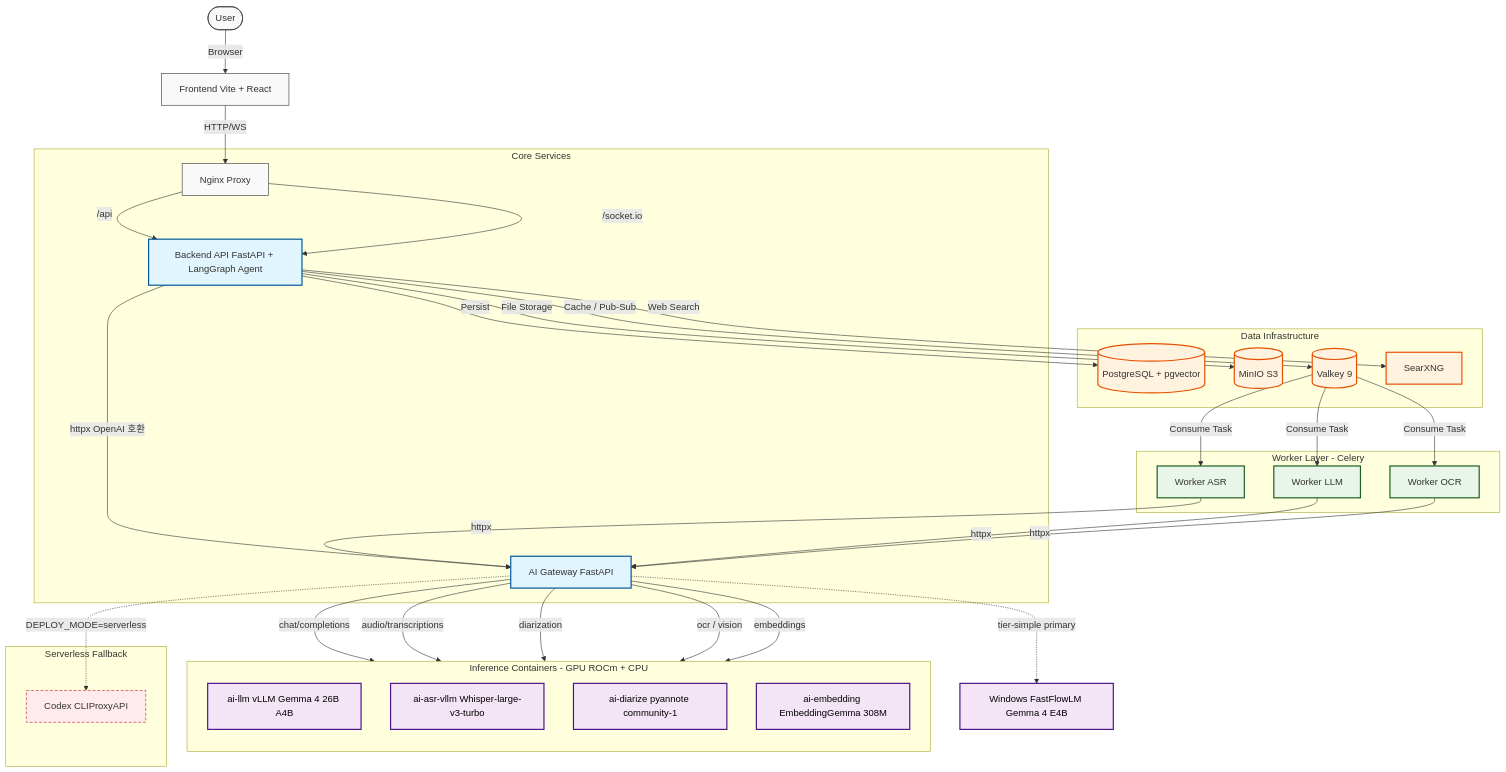
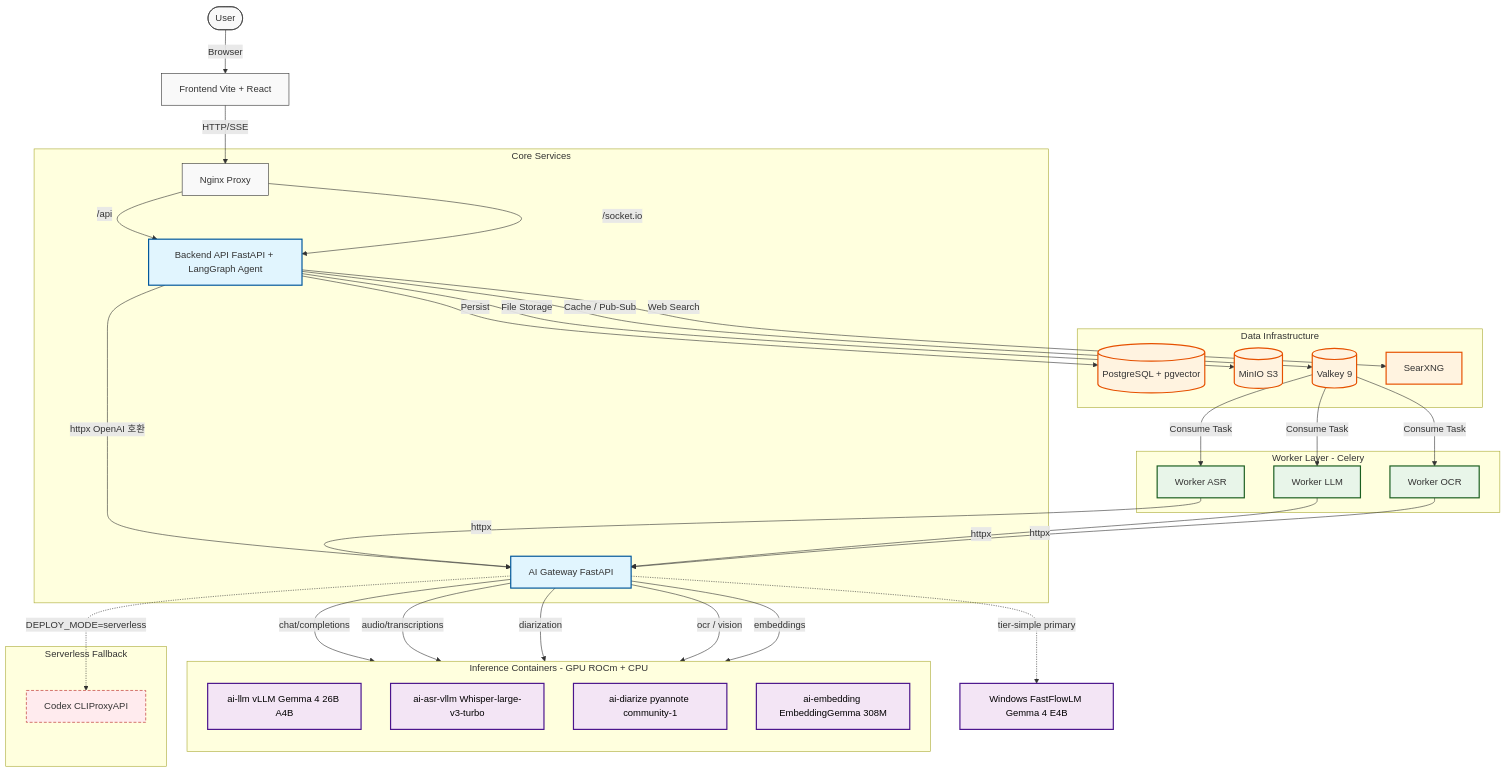
Before and after one commit to belucent0/inuself: the diagram in ARCHITECTURE.md, drawn with Mermaid. The commit also changed 4 other files, not shown here.

````diff
--- a/ARCHITECTURE.md
+++ b/ARCHITECTURE.md
@@ -6,70 +6,70 @@
 ```mermaid
 flowchart TD
     %% 사용자 및 프론트엔드
     User([User]) -->|Browser| Frontend[Frontend Vite + React]
-    Frontend -->|HTTP/WS| Nginx[Nginx Proxy]
+    Frontend -->|HTTP/SSE| Nginx[Nginx Proxy]
 
     %% 백엔드 및 코어 서비스
     subgraph Core_Services [Core Services]
         Nginx -->|/api| Backend[Backend API FastAPI + LangGraph Agent]
         Nginx -->|/socket.io| Backend
         Backend -->|httpx OpenAI 호환| AIGW[AI Gateway FastAPI]
     end
 
     %% 데이터 인프라
     subgraph Data_Layer [Data Infrastructure]
         Backend -->|Persist| DB[(PostgreSQL + pgvector)]
         Backend -->|File Storage| S3[(MinIO S3)]
         Backend -->|Cache / Pub-Sub| Redis[(Valkey 9)]
         Backend -->|Web Search| SearXNG[SearXNG]
     end
 
     %% 워커 (비동기 처리)
     subgraph Worker_Layer [Worker Layer - Celery]
         Redis -->|Consume Task| W_ASR[Worker ASR]
         Redis -->|Consume Task| W_LLM[Worker LLM]
         Redis -->|Consume Task| W_OCR[Worker OCR]
         W_ASR -->|httpx| AIGW
         W_LLM -->|httpx| AIGW
         W_OCR -->|httpx| AIGW
     end
 
     %% 추론 컨테이너 (ai-* prefix, GPU ROCm + CPU 혼합)
     subgraph Inference_Containers [Inference Containers - GPU ROCm + CPU]
         direction TB
         AI_LLM[ai-llm vLLM Gemma 4 26B A4B]
         AI_ASR[ai-asr-vllm Whisper-large-v3-turbo]
         AI_DIARIZE[ai-diarize pyannote community-1]
         AI_EMBED[ai-embedding EmbeddingGemma 308M]
     end
 
     NPU_LLM[Windows FastFlowLM Gemma 4 E4B]
 
     %% Serverless 폴백
     subgraph Serverless_Fallback [Serverless Fallback]
         Codex[Codex CLIProxyAPI]
     end
 
     %% AI Gateway → 추론 컨테이너
     AIGW -->|chat/completions| AI_LLM
     AIGW -->|audio/transcriptions| AI_ASR
     AIGW -->|diarization| AI_DIARIZE
     AIGW -->|ocr / vision| AI_LLM
     AIGW -->|embeddings| AI_EMBED
     AIGW -.->|tier-simple primary| NPU_LLM
     AIGW -.->|DEPLOY_MODE=serverless| Codex
 
     %% 스타일링
     classDef default fill:#f9f9f9,stroke:#333,stroke-width:1px;
     classDef core fill:#e1f5fe,stroke:#01579b,stroke-width:2px;
     classDef data fill:#fff3e0,stroke:#e65100,stroke-width:2px;
     classDef worker fill:#e8f5e9,stroke:#1b5e20,stroke-width:2px;
     classDef compute fill:#f3e5f5,stroke:#4a148c,stroke-width:2px,color:#000;
     classDef fallback fill:#ffebee,stroke:#b71c1c,stroke-width:1px,stroke-dasharray:5 3;
 
     class Backend,AIGW core;
     class DB,S3,Redis,SearXNG data;
     class W_ASR,W_LLM,W_OCR worker;
     class AI_LLM,AI_ASR,AI_DIARIZE,AI_EMBED,NPU_LLM compute;
     class Codex fallback;
 ```
````
